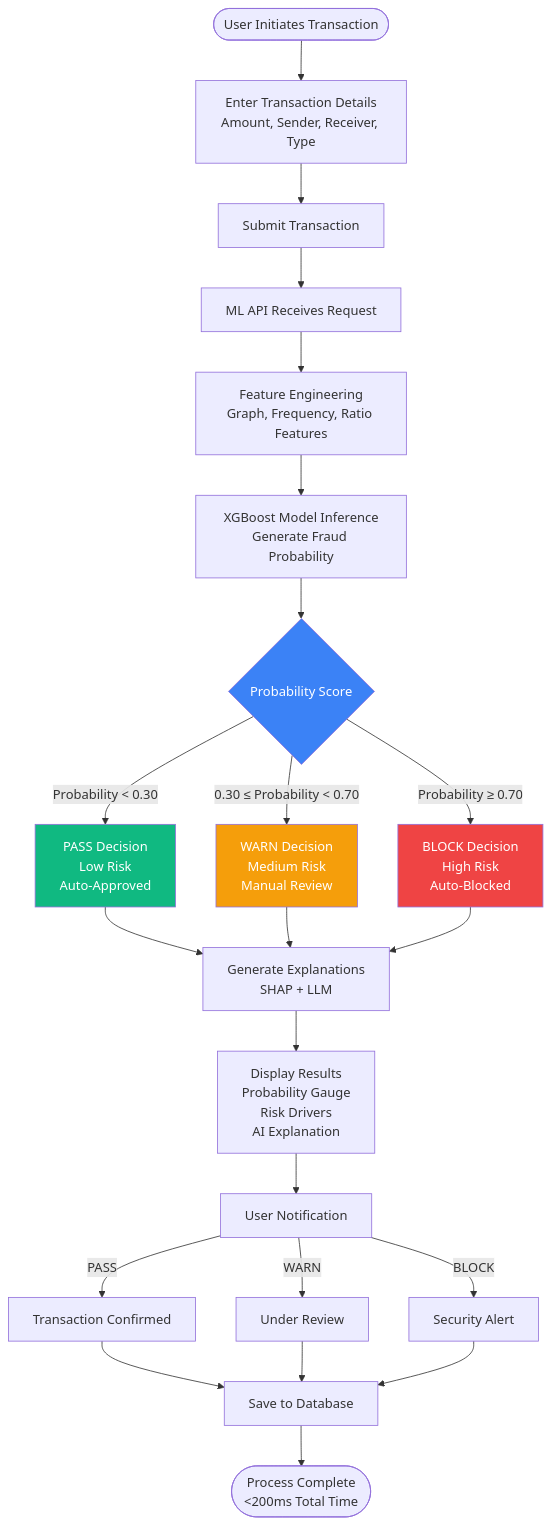
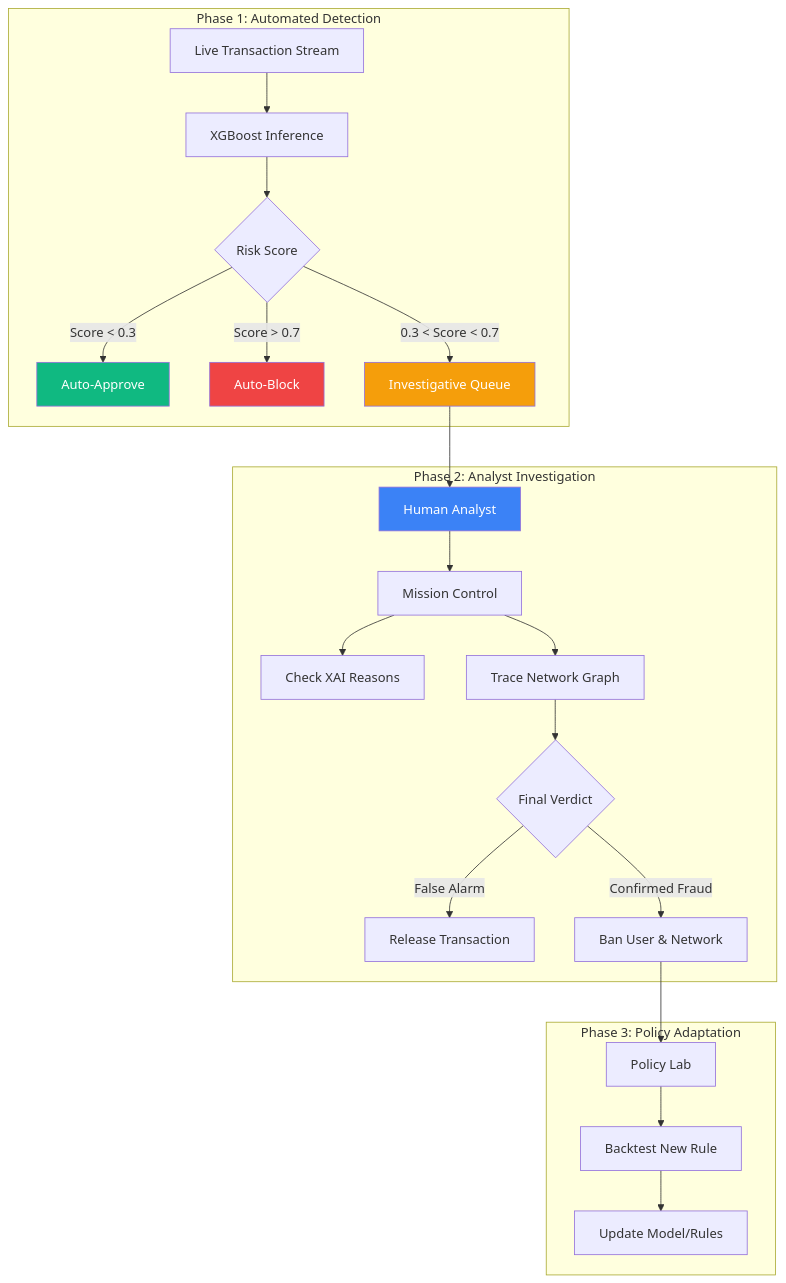
One commit to rahathasan452/MXB2026-Rajshahi-Clover_crew-CloverShield changed the first of 2 diagrams in 02_Solution_Description.md. Above: the diagram before and after it, drawn with Mermaid. The commit also changed other lines of this file and 6 other files, not shown here.

Commit message:
feat: Implement sovereign AI deployment architecture, update project documentation, and remove old demo link.

````diff
--- a/02_Solution_Description.md
+++ b/02_Solution_Description.md
@@ -66,36 +37,32 @@
 ```mermaid
 flowchart TD
-    Start([User Initiates Transaction]) --> Input[Enter Transaction Details<br/>Amount, Sender, Receiver, Type]
-    Input --> Submit[Submit Transaction]
-    Submit --> API[ML API Receives Request]
-    
-    API --> FE[Feature Engineering<br/>Graph, Frequency, Ratio Features]
-    FE --> Model[XGBoost Model Inference<br/>Generate Fraud Probability]
-    Model --> Decision{Probability Score}
-    
-    Decision -->|Probability < 0.30| PASS[PASS Decision<br/>Low Risk<br/>Auto-Approved]
-    Decision -->|0.30 ≤ Probability < 0.70| WARN[WARN Decision<br/>Medium Risk<br/>Manual Review]
-    Decision -->|Probability ≥ 0.70| BLOCK[BLOCK Decision<br/>High Risk<br/>Auto-Blocked]
-    
-    PASS --> Explain[Generate Explanations<br/>SHAP + LLM]
-    WARN --> Explain
-    BLOCK --> Explain
-    
-    Explain --> Display[Display Results<br/>Probability Gauge<br/>Risk Drivers<br/>AI Explanation]
-    Display --> Notify[User Notification]
-    
-    Notify -->|PASS| Confirm[Transaction Confirmed]
-    Notify -->|WARN| Review[Under Review]
-    Notify -->|BLOCK| Alert[Security Alert]
-    
-    Confirm --> Save[Save to Database]
-    Review --> Save
-    Alert --> Save
-    
-    Save --> End([Process Complete<br/><200ms Total Time])
+    subgraph "Phase 1: Automated Detection"
+        TX[Live Transaction Stream] --> MODEL[XGBoost Inference]
+        MODEL --> DECISION{Risk Score}
+        DECISION -->|Score < 0.3| PASS[Auto-Approve]
+        DECISION -->|Score > 0.7| BLOCK[Auto-Block]
+        DECISION -->|0.3 < Score < 0.7| QUEUE[Investigative Queue]
+    end
+
+    subgraph "Phase 2: Analyst Investigation"
+        QUEUE --> ANALYST[Human Analyst]
+        ANALYST --> DASH[Mission Control]
+        DASH --> EXPLAIN[Check XAI Reasons]
+        DASH --> GRAPH[Trace Network Graph]
+        
+        GRAPH --> VERDICT{Final Verdict}
+        VERDICT -->|False Alarm| RELEASE[Release Transaction]
+        VERDICT -->|Confirmed Fraud| BAN[Ban User & Network]
+    end
+
+    subgraph "Phase 3: Policy Adaptation"
+        BAN --> LAB[Policy Lab]
+        LAB --> TEST[Backtest New Rule]
+        TEST --> DEPLOY[Update Model/Rules]
+    end
     
     style PASS fill:#10b981,color:#fff
-    style WARN fill:#f59e0b,color:#fff
     style BLOCK fill:#ef4444,color:#fff
-    style Decision fill:#3b82f6,color:#fff
+    style QUEUE fill:#f59e0b,color:#fff
+    style ANALYST fill:#3b82f6,color:#fff
 ```
````
